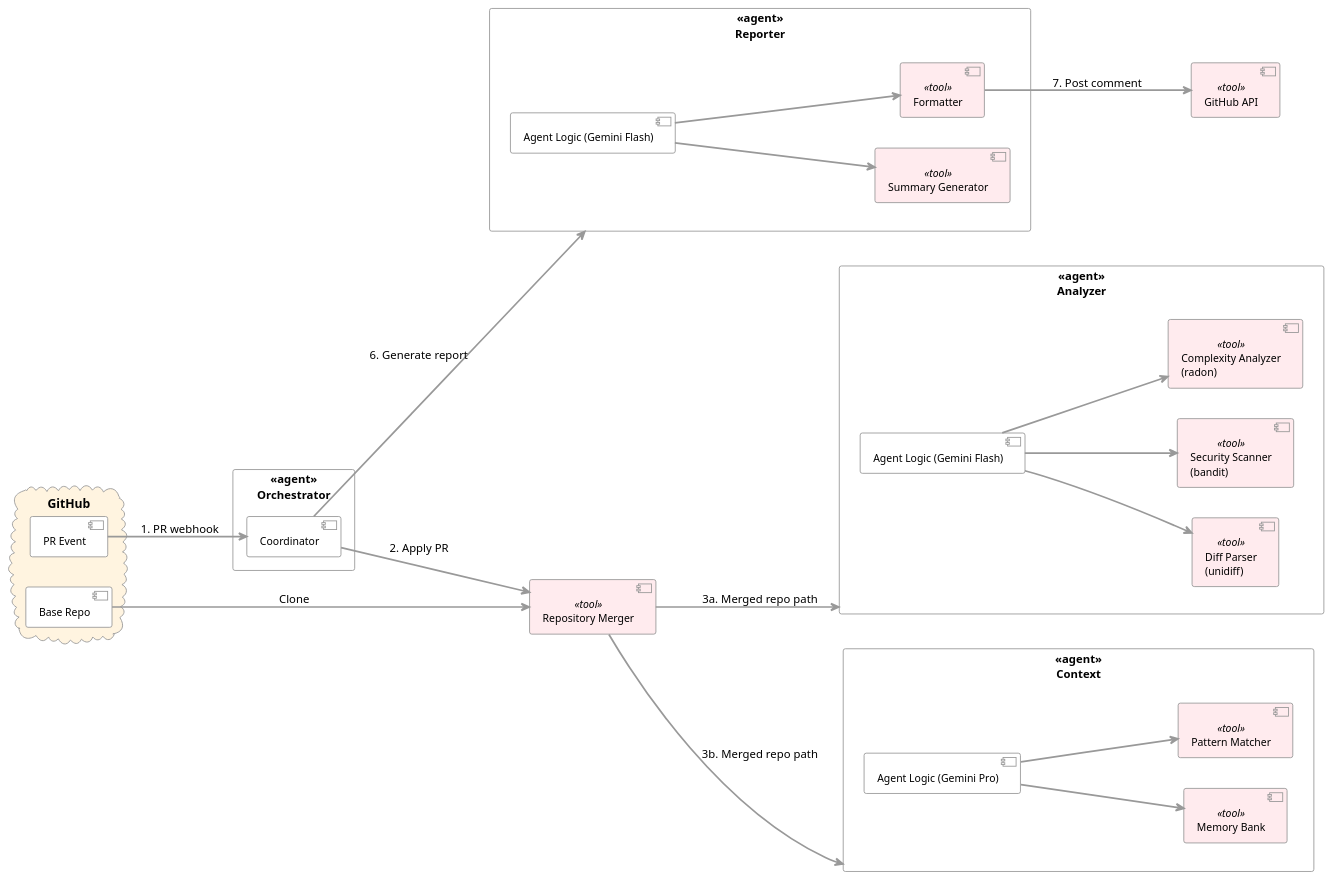
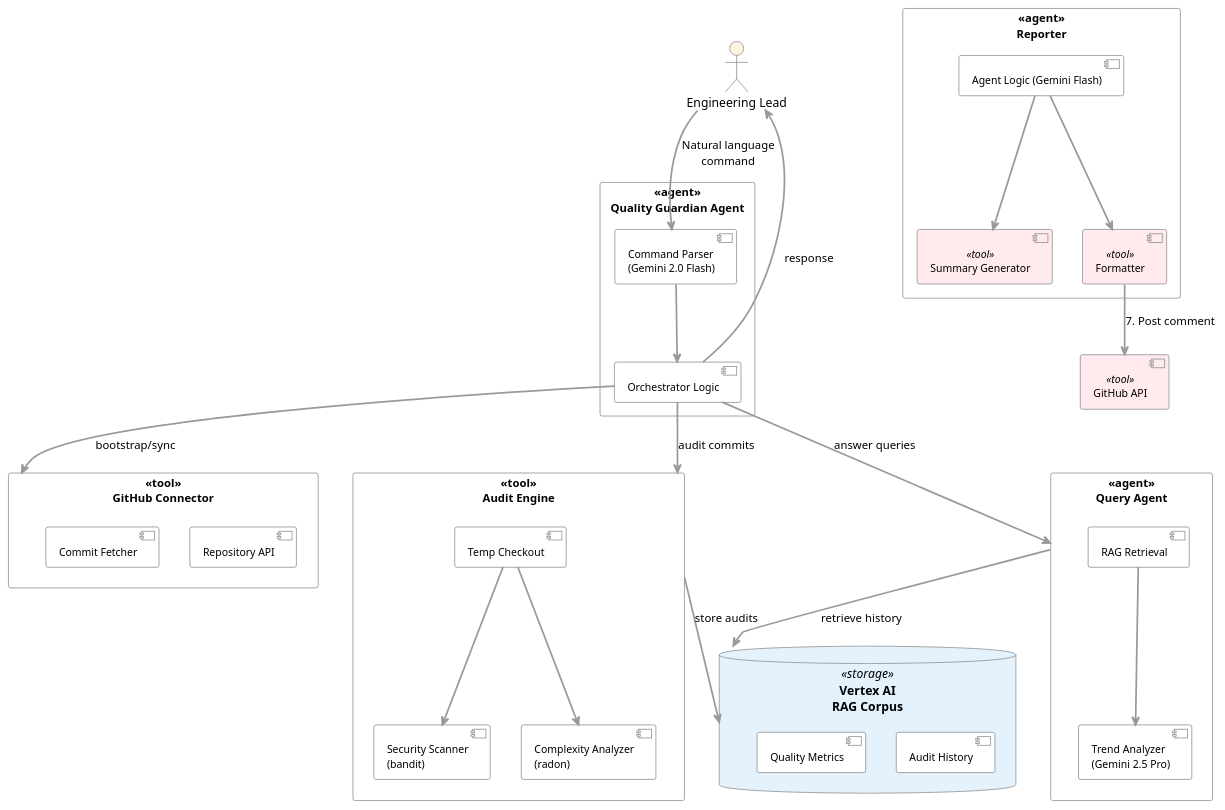
One commit to RostislavDublin/capstone changed the diagram in docs/diagrams/multi-agent-architecture.puml.md. Above: the diagram before and after it, drawn with PlantUML. The commit also changed 7 other files, not shown here.

First line of the commit message:
docs: Update all documentation to Quality Guardian architecture

````diff
--- a/docs/diagrams/multi-agent-architecture.puml.md
+++ b/docs/diagrams/multi-agent-architecture.puml.md
@@ -1,12 +1,13 @@
 ```plantuml
-@startuml multi-agent-architecture
+@startuml quality-guardian-architecture
 !theme plain
-left to right direction
+top to bottom direction
 
 skinparam component {
   BackgroundColor<<github>> #FFF4E0
   BackgroundColor<<agent>> #E8F5E9
   BackgroundColor<<tool>> #FFEBEE
+  BackgroundColor<<storage>> #E3F2FD
   BorderColor #999999
   FontName Arial
   FontSize 12
@@ -14,7 +15,7 @@
   ArrowThickness 2
 }
 
-skinparam cloud {
+skinparam actor {
   BackgroundColor #FFF4E0
   BorderColor #999999
 }
@@ -27,57 +28,57 @@
 }
 
 skinparam database {
-  BackgroundColor #FFEBEE
+  BackgroundColor #E3F2FD
   BorderColor #999999
 }
 
-' Level 1: Input
-cloud "GitHub" as github {
-  component "PR Event" as pr_event
-  component "Base Repo" as base_repo
+' Level 1: User
+actor "Engineering Lead" as user
+
+' Level 2: Core Agent (Orchestrator)
+rectangle "Quality Guardian Agent" as QGAgent <<agent>> {
+  component "Command Parser\n(Gemini 2.0 Flash)" as parser
+  component "Orchestrator Logic" as orchestrator
+  
+  parser -down-> orchestrator
 }
 
-' Level 2: Orchestration
-rectangle "Orchestrator" as Orchestrator <<agent>> {
-  component "Coordinator" as coordinator
+' Level 3: Backend Tools
+rectangle "GitHub Connector" as github_connector <<tool>> {
+  component "Repository API" as repo_api
+  component "Commit Fetcher" as commit_fetcher
 }
 
-' Level 2.5: Pre-processing
-component "Repository Merger" as repo_merger <<tool>>
-
-pr_event -down-> coordinator : 1. PR webhook
-coordinator -down-> repo_merger : 2. Apply PR
-base_repo -down-> repo_merger : Clone
-repo_merger -down-> Analyzer : 3a. Merged repo path
-repo_merger -down-> Context : 3b. Merged repo path
-
-coordinator -down-> Reporter : 6. Generate report
-
-' Level 3: Agent Layer
-rectangle "Analyzer" as Analyzer <<agent>> {
-  component "Agent Logic (Gemini Flash)" as agent_logic
-  component "Diff Parser\n(unidiff)" as diff_parser <<tool>>
-  component "Security Scanner\n(bandit)" as security_scanner <<tool>>
-  component "Complexity Analyzer\n(radon)" as complexity_analyzer <<tool>>
+rectangle "Audit Engine" as audit_engine <<tool>> {
+  component "Security Scanner\n(bandit)" as security_scanner
+  component "Complexity Analyzer\n(radon)" as complexity_analyzer
+  component "Temp Checkout" as temp_checkout
   
-  agent_logic -down-> diff_parser
-  agent_logic -down-> security_scanner  
-  agent_logic -down-> complexity_analyzer
-  
-  diff_parser -[hidden]right-> security_scanner
-  security_scanner -[hidden]right-> complexity_analyzer
+  temp_checkout -down-> security_scanner
+  temp_checkout -down-> complexity_analyzer
 }
 
-rectangle "Context" as Context <<agent>> {
-  component "Agent Logic (Gemini Pro)" as context_logic
-  component "Memory Bank" as memory_bank <<tool>>
-  component "Pattern Matcher" as pattern_matcher <<tool>>
+rectangle "Query Agent" as query_agent <<agent>> {
+  component "RAG Retrieval" as rag_retrieval
+  component "Trend Analyzer\n(Gemini 2.5 Pro)" as trend_analyzer
   
-  context_logic -down-> memory_bank
-  context_logic -down-> pattern_matcher
-  
-  memory_bank -[hidden]right-> pattern_matcher
+  rag_retrieval -down-> trend_analyzer
 }
+
+' Level 4: Storage
+database "Vertex AI\nRAG Corpus" as rag_storage <<storage>> {
+  component "Audit History" as audit_history
+  component "Quality Metrics" as quality_metrics
+}
+
+' Flows
+user -down-> parser : Natural language\ncommand
+orchestrator -down-> github_connector : bootstrap/sync
+orchestrator -down-> audit_engine : audit commits
+orchestrator -down-> query_agent : answer queries
+audit_engine -down-> rag_storage : store audits
+query_agent -down-> rag_storage : retrieve history
+orchestrator -up-> user : response
 
 rectangle "Reporter" as Reporter <<agent>> {
   component "Agent Logic (Gemini Flash)" as reporter_logic
````
